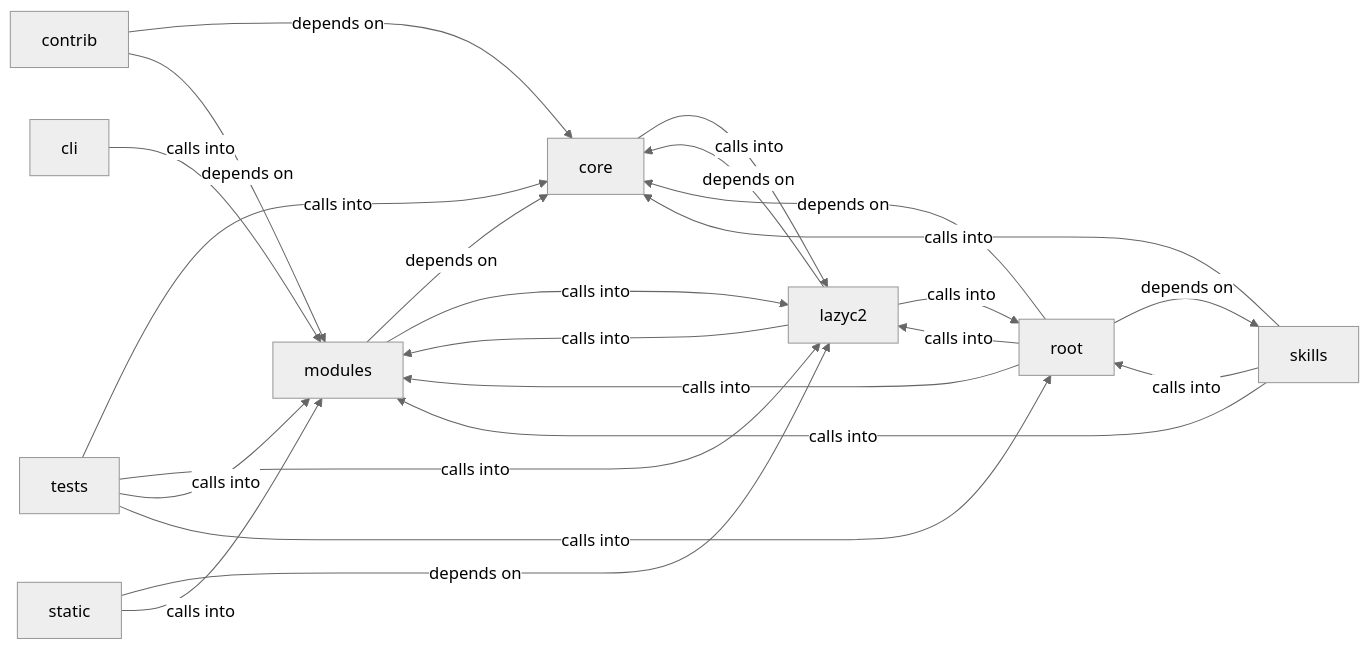
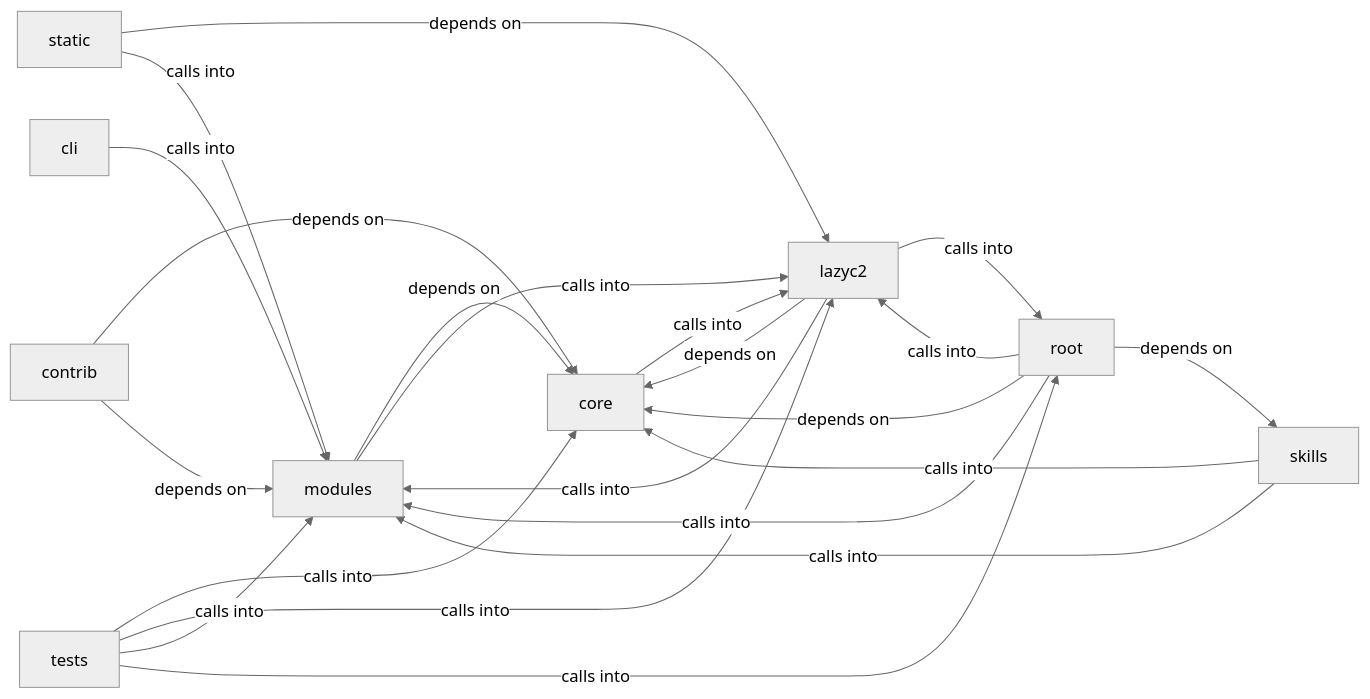
One commit to grisuno/LazyOwn changed the diagram in readmenator-diagrams/modules_lazyc2.md. Above: the diagram before and after it, drawn with Mermaid (neutral theme). The commit also changed other lines of this file and 380 other files, not shown here.

````diff
--- a/readmenator-diagrams/modules_lazyc2.md
+++ b/readmenator-diagrams/modules_lazyc2.md
@@ -5,34 +5,33 @@
 ```mermaid
 graph LR
     cli["cli"]
     contrib["contrib"]
     core["core"]
     lazyc2["lazyc2"]
     modules["modules"]
     root["root"]
     skills["skills"]
     static["static"]
     tests["tests"]
     cli -- "calls into" --> modules
     contrib -- "depends on" --> core
     contrib -- "depends on" --> modules
     core -- "calls into" --> lazyc2
     lazyc2 -- "depends on" --> core
     lazyc2 -- "calls into" --> modules
     lazyc2 -- "calls into" --> root
     modules -- "depends on" --> core
     modules -- "calls into" --> lazyc2
     root -- "depends on" --> core
     root -- "calls into" --> lazyc2
     root -- "calls into" --> modules
     root -- "depends on" --> skills
     skills -- "calls into" --> core
     skills -- "calls into" --> modules
-    skills -- "calls into" --> root
     static -- "depends on" --> lazyc2
     static -- "calls into" --> modules
     tests -- "calls into" --> core
     tests -- "calls into" --> lazyc2
     tests -- "calls into" --> modules
     tests -- "calls into" --> root
 ```
````
